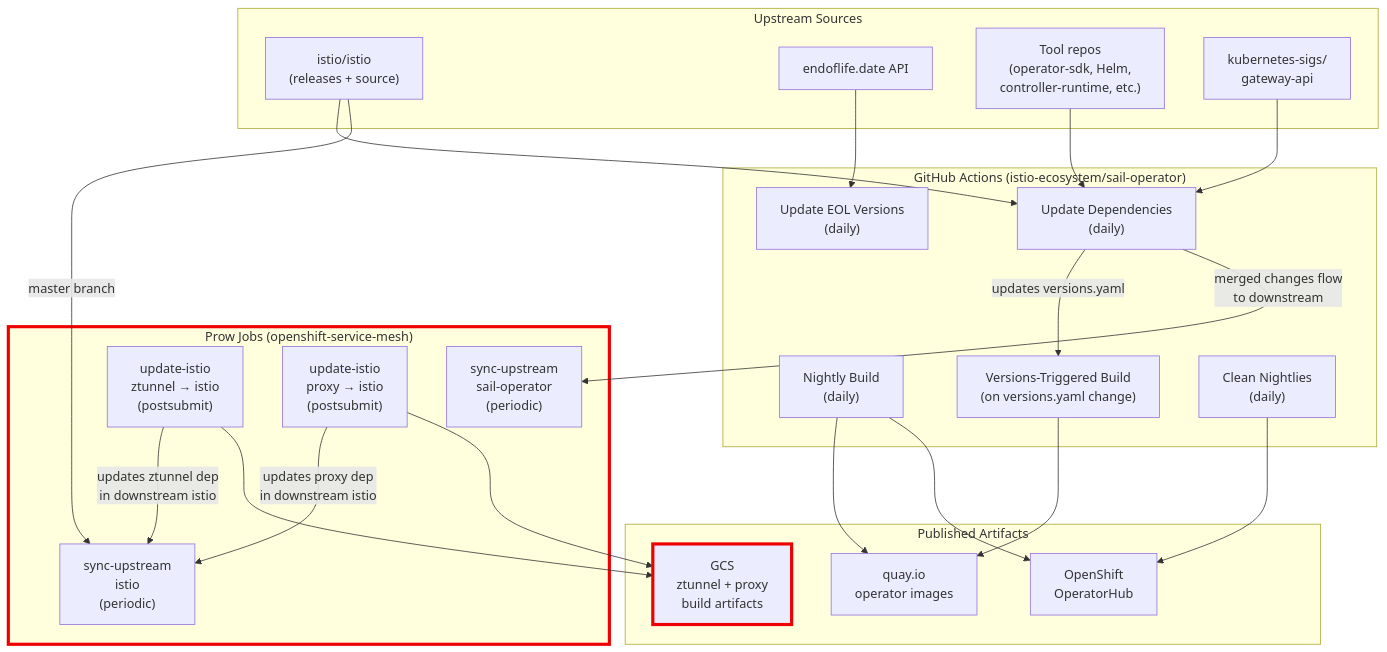
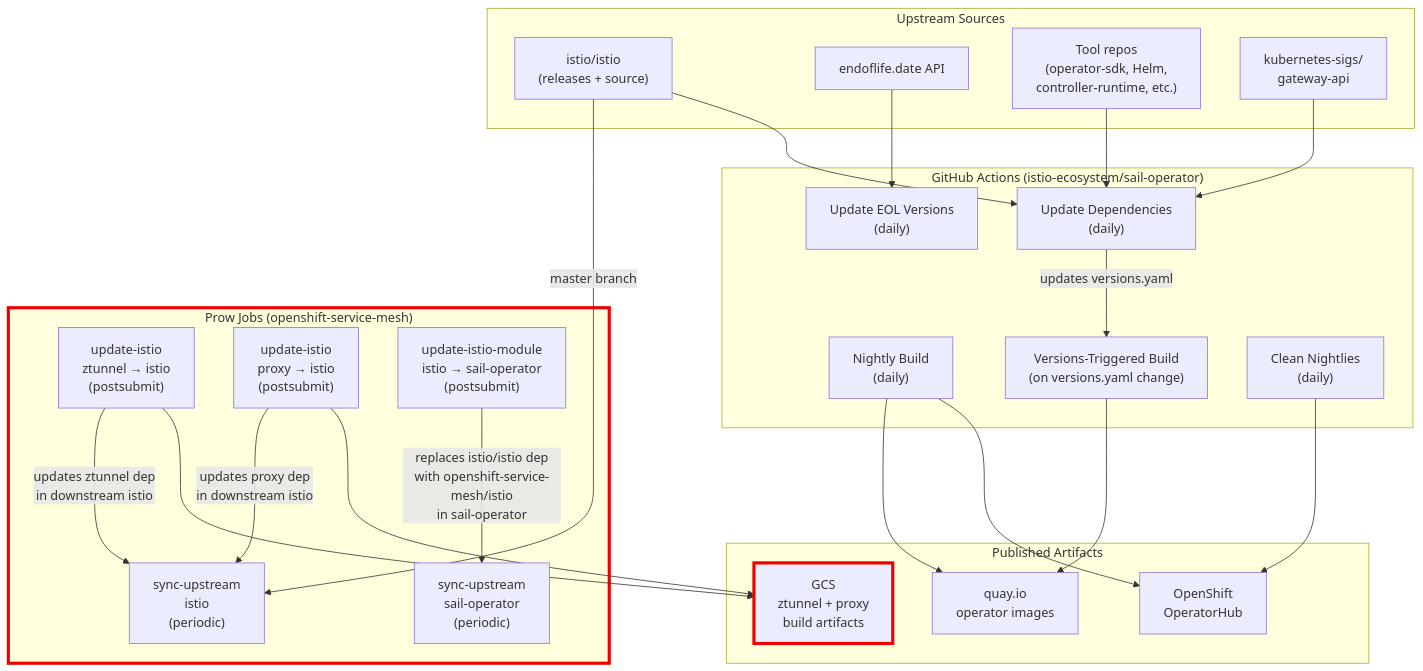
The first of 2 diagrams in profile/README.md (openshift-service-mesh/.github), drawn with Mermaid before and after one commit. The commit also changed other lines of this file, not shown here.

Commit message:
Add missing job and remove confusing edge
Adds the job to replace the istio/istio dep with ossm/istio. Removes a confusing edge from the graph.

````diff
--- a/profile/README.md
+++ b/profile/README.md
@@ -174,51 +174,51 @@
 ```mermaid
 flowchart TB
     subgraph upstream["Upstream Sources"]
         istio_repo["istio/istio<br/>(releases + source)"]
         eol_api["endoflife.date API"]
         tools_repos["Tool repos<br/>(operator-sdk, Helm,<br/>controller-runtime, etc.)"]
         gw_api["kubernetes-sigs/<br/>gateway-api"]
     end
 
     subgraph gha["GitHub Actions (istio-ecosystem/sail-operator)"]
         update_deps["Update Dependencies<br/>(daily)"]
         update_eol["Update EOL Versions<br/>(daily)"]
         nightly["Nightly Build<br/>(daily)"]
         vtb["Versions-Triggered Build<br/>(on versions.yaml change)"]
         clean["Clean Nightlies<br/>(daily)"]
     end
 
     subgraph prow["Prow Jobs (openshift-service-mesh)"]
         sync_sail["sync-upstream<br/>sail-operator<br/>(periodic)"]
         sync_istio["sync-upstream<br/>istio<br/>(periodic)"]
         update_istio_ztunnel["update-istio<br/>ztunnel → istio<br/>(postsubmit)"]
         update_istio_proxy["update-istio<br/>proxy → istio<br/>(postsubmit)"]
+        update_istio_module["update-istio-module<br/>istio → sail-operator<br/>(postsubmit)"]
     end
 
     subgraph artifacts["Published Artifacts"]
         quay["quay.io<br/>operator images"]
         operatorhub["OpenShift<br/>OperatorHub"]
         gcs["GCS<br/>ztunnel + proxy<br/>build artifacts"]
     end
 
+    istio_repo -->|"master branch"| sync_istio
     istio_repo --> update_deps
     tools_repos --> update_deps
     gw_api --> update_deps
     eol_api --> update_eol
 
     update_deps -->|"updates versions.yaml"| vtb
     vtb --> quay
     nightly --> quay
     nightly --> operatorhub
     clean --> operatorhub
-
-    update_deps -->|"merged changes flow<br/>to downstream"| sync_sail
-    istio_repo -->|"master branch"| sync_istio
     update_istio_ztunnel -->|"updates ztunnel dep<br/>in downstream istio"| sync_istio
     update_istio_proxy -->|"updates proxy dep<br/>in downstream istio"| sync_istio
     update_istio_ztunnel --> gcs
     update_istio_proxy --> gcs
+    update_istio_module -->|"replaces istio/istio dep<br/>with openshift-service-mesh/istio<br/>in sail-operator"| sync_sail
 
     style prow stroke:#EE0000,stroke-width:4px
     style gcs stroke:#EE0000,stroke-width:4px
 ```
````
